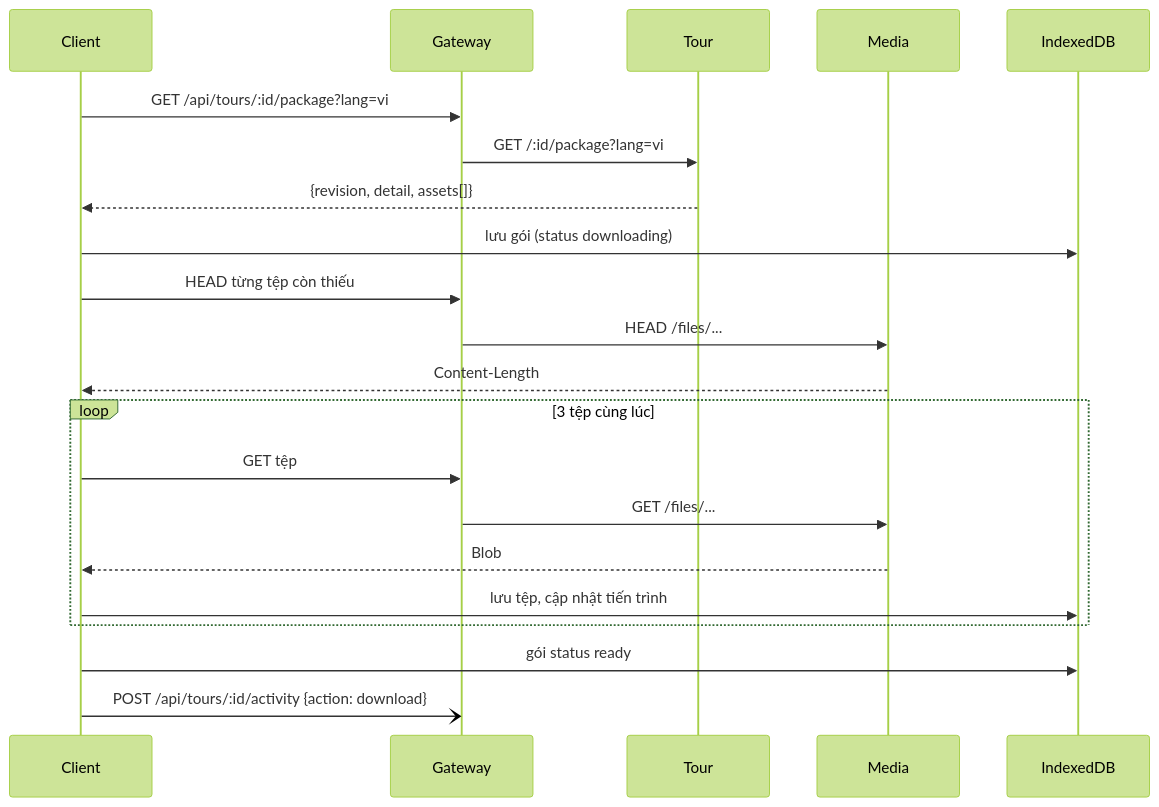
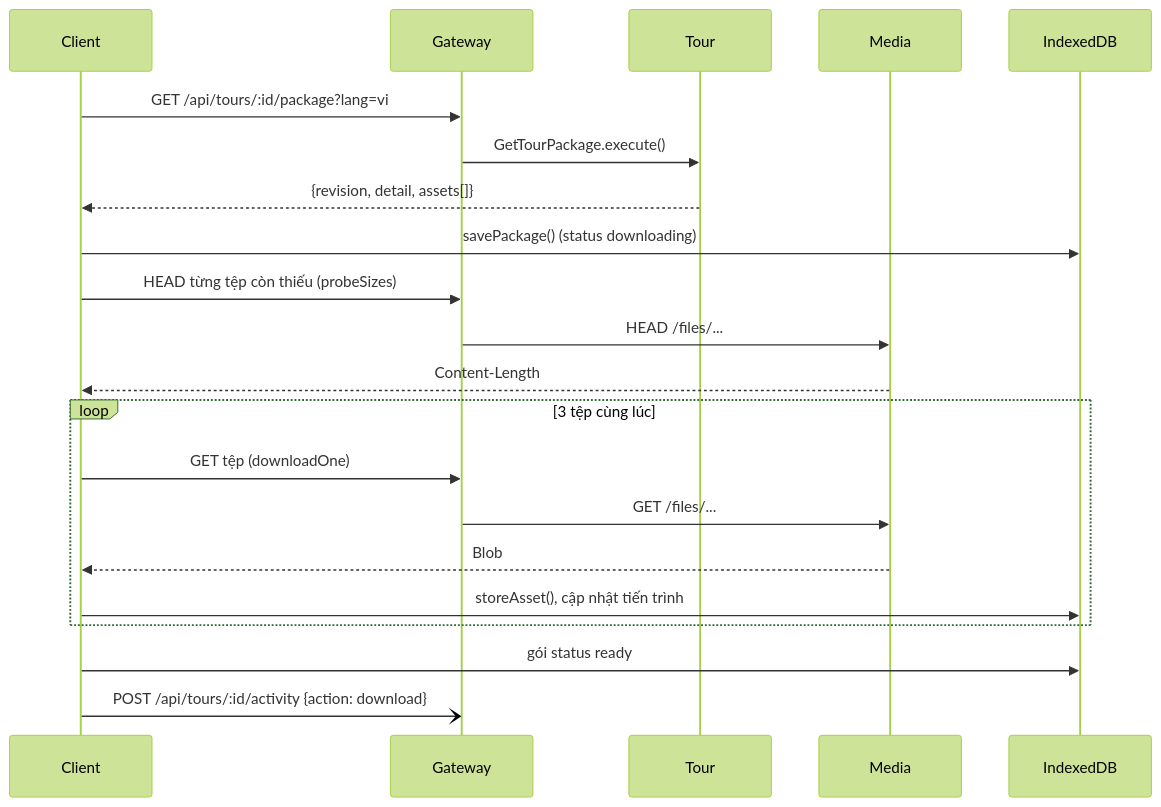
Before and after one commit to Tran-Gia-Phuc/GeoSound: the diagram in docs/use case/lam-truoc/UC03-quan-ly-tour-offline.md, drawn with Mermaid (forest theme). The commit also changed other lines of this file and 23 other files, not shown here.

````diff
--- a/docs/use case/lam-truoc/UC03-quan-ly-tour-offline.md
+++ b/docs/use case/lam-truoc/UC03-quan-ly-tour-offline.md
@@ -126,23 +147,23 @@
 ```mermaid
 sequenceDiagram
     participant Client
     participant Gateway
     participant Tour
     participant Media
     participant IndexedDB
     Client->>Gateway: GET /api/tours/:id/package?lang=vi
-    Gateway->>Tour: GET /:id/package?lang=vi
+    Gateway->>Tour: GetTourPackage.execute()
     Tour-->>Client: {revision, detail, assets[]}
-    Client->>IndexedDB: lưu gói (status downloading)
-    Client->>Gateway: HEAD từng tệp còn thiếu
+    Client->>IndexedDB: savePackage() (status downloading)
+    Client->>Gateway: HEAD từng tệp còn thiếu (probeSizes)
     Gateway->>Media: HEAD /files/...
     Media-->>Client: Content-Length
     loop 3 tệp cùng lúc
-        Client->>Gateway: GET tệp
+        Client->>Gateway: GET tệp (downloadOne)
         Gateway->>Media: GET /files/...
         Media-->>Client: Blob
-        Client->>IndexedDB: lưu tệp, cập nhật tiến trình
+        Client->>IndexedDB: storeAsset(), cập nhật tiến trình
     end
     Client->>IndexedDB: gói status ready
     Client-)Gateway: POST /api/tours/:id/activity {action: download}
 ```
````
